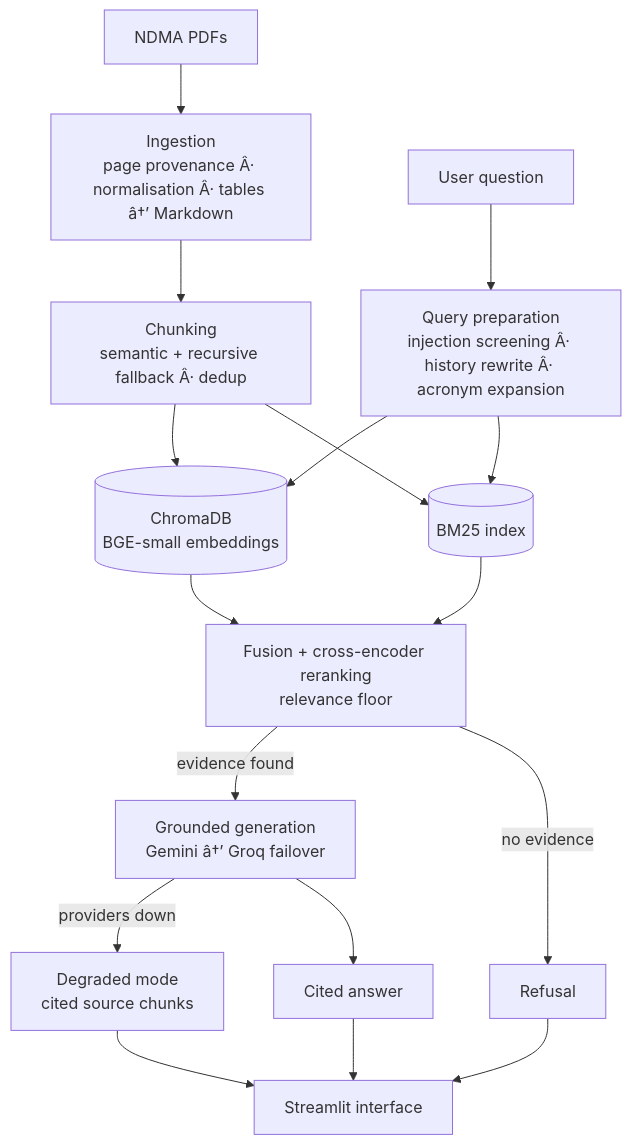
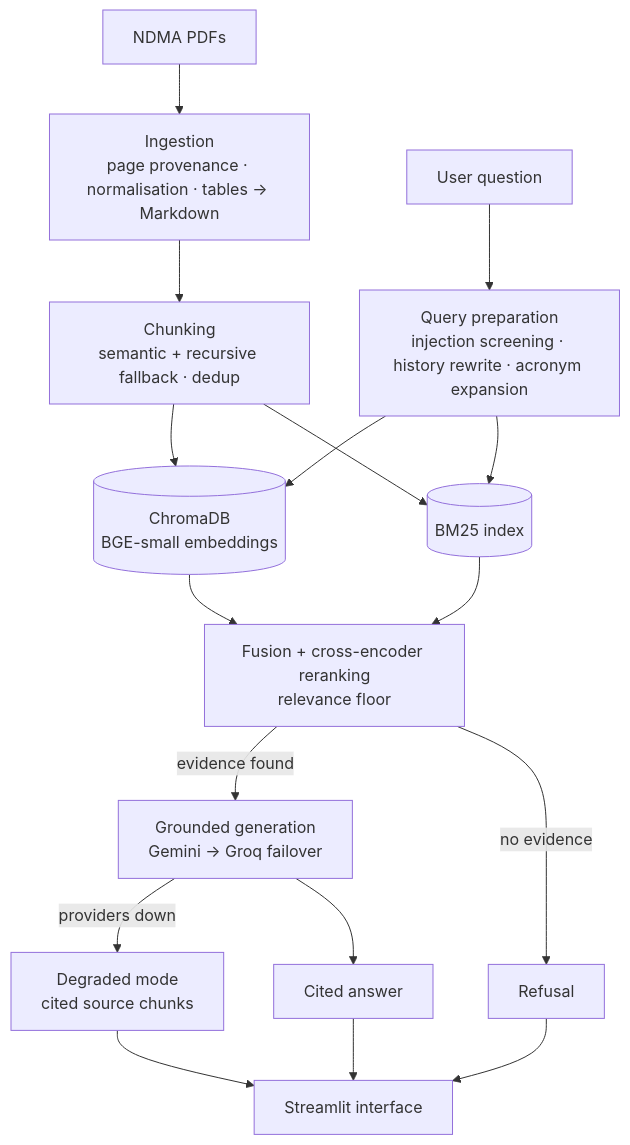
One commit to meeasadamin/CITARA changed the diagram in README.md. Above: the diagram before and after it, drawn with Mermaid. The commit also changed other lines of this file, not shown here.

````diff
--- a/README.md
+++ b/README.md
@@ -45,15 +45,15 @@
 ```mermaid
 flowchart TD
-    A[NDMA PDFs] --> B[Ingestion<br/>page provenance Â· normalisation Â· tables â†’ Markdown]
-    B --> C[Chunking<br/>semantic + recursive fallback Â· dedup]
+    A[NDMA PDFs] --> B[Ingestion<br/>page provenance · normalisation · tables → Markdown]
+    B --> C[Chunking<br/>semantic + recursive fallback · dedup]
     C --> D[(ChromaDB<br/>BGE-small embeddings)]
     C --> E[(BM25 index)]
-    Q[User question] --> F[Query preparation<br/>injection screening Â· history rewrite Â· acronym expansion]
+    Q[User question] --> F[Query preparation<br/>injection screening · history rewrite · acronym expansion]
     F --> D & E
     D & E --> G[Fusion + cross-encoder reranking<br/>relevance floor]
-    G -- evidence found --> H[Grounded generation<br/>Gemini â†’ Groq failover]
+    G -- evidence found --> H[Grounded generation<br/>Gemini → Groq failover]
     G -- no evidence --> R[Refusal]
     H -- providers down --> X[Degraded mode<br/>cited source chunks]
     H --> I[Cited answer]
     I & R & X --> U[Streamlit interface]
 ```
````
